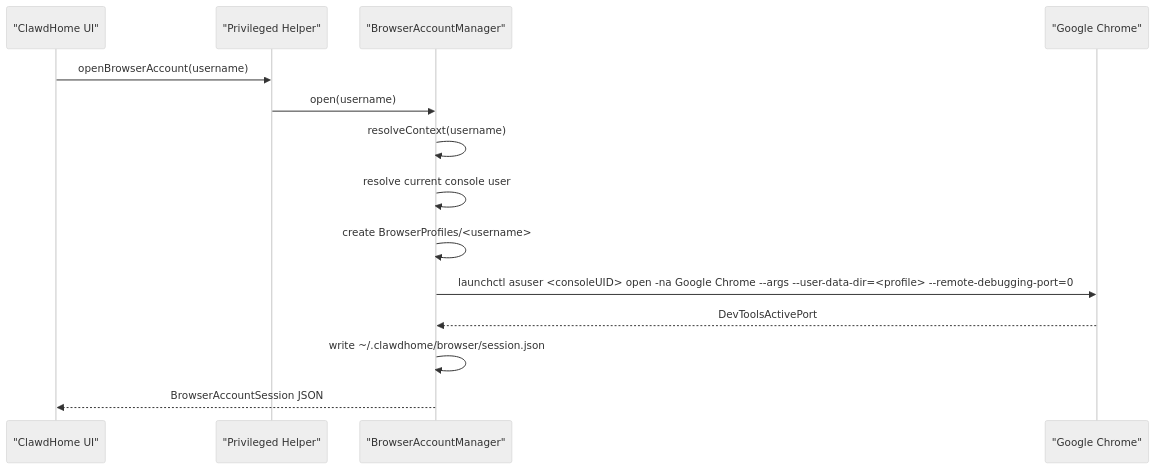
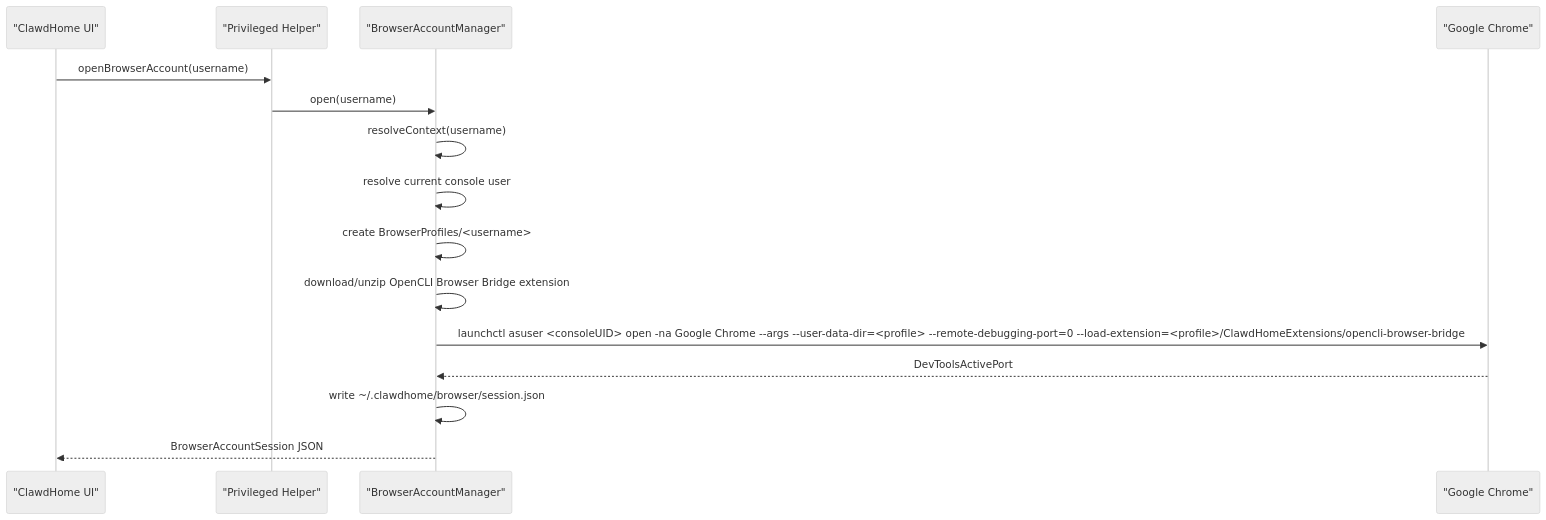
Before and after one commit to ThinkInAIXYZ/clawdhome: the first of 3 diagrams in docs/browser-account-technical-spec.md, drawn with Mermaid (neutral theme). The commit also changed other lines of this file and 6 other files, not shown here.

Commit message:
feat(browser): isolate OpenCLI browser bridge sessions

````diff
--- a/docs/browser-account-technical-spec.md
+++ b/docs/browser-account-technical-spec.md
@@ -88,17 +89,18 @@
 ```mermaid
 sequenceDiagram
     participant UI as "ClawdHome UI"
     participant Helper as "Privileged Helper"
     participant Manager as "BrowserAccountManager"
     participant Chrome as "Google Chrome"
 
     UI->>Helper: openBrowserAccount(username)
     Helper->>Manager: open(username)
     Manager->>Manager: resolveContext(username)
     Manager->>Manager: resolve current console user
     Manager->>Manager: create BrowserProfiles/<username>
-    Manager->>Chrome: launchctl asuser <consoleUID> open -na Google Chrome --args --user-data-dir=<profile> --remote-debugging-port=0
+    Manager->>Manager: download/unzip OpenCLI Browser Bridge extension
+    Manager->>Chrome: launchctl asuser <consoleUID> open -na Google Chrome --args --user-data-dir=<profile> --remote-debugging-port=0 --load-extension=<profile>/ClawdHomeExtensions/opencli-browser-bridge
     Chrome-->>Manager: DevToolsActivePort
     Manager->>Manager: write ~/.clawdhome/browser/session.json
     Manager-->>UI: BrowserAccountSession JSON
 ```
````
